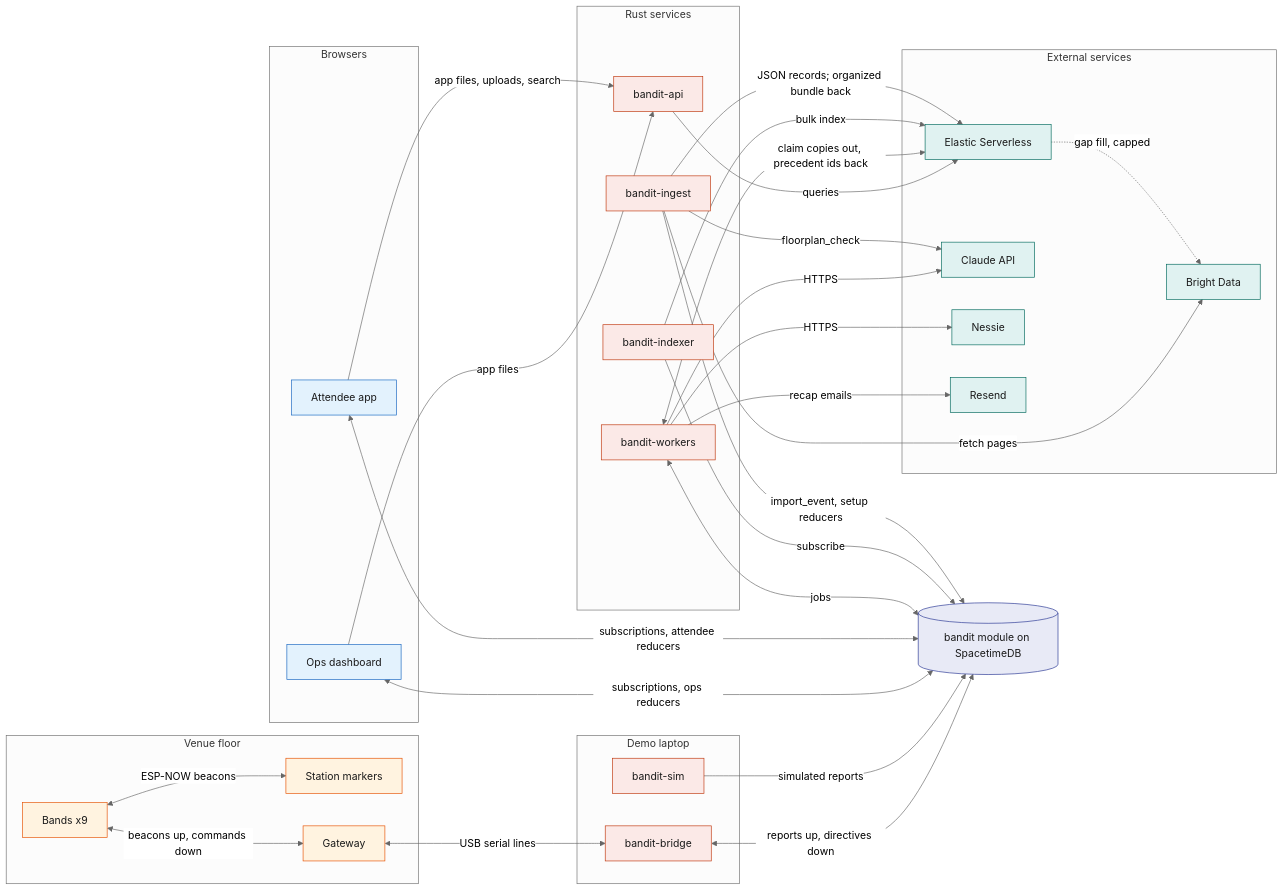
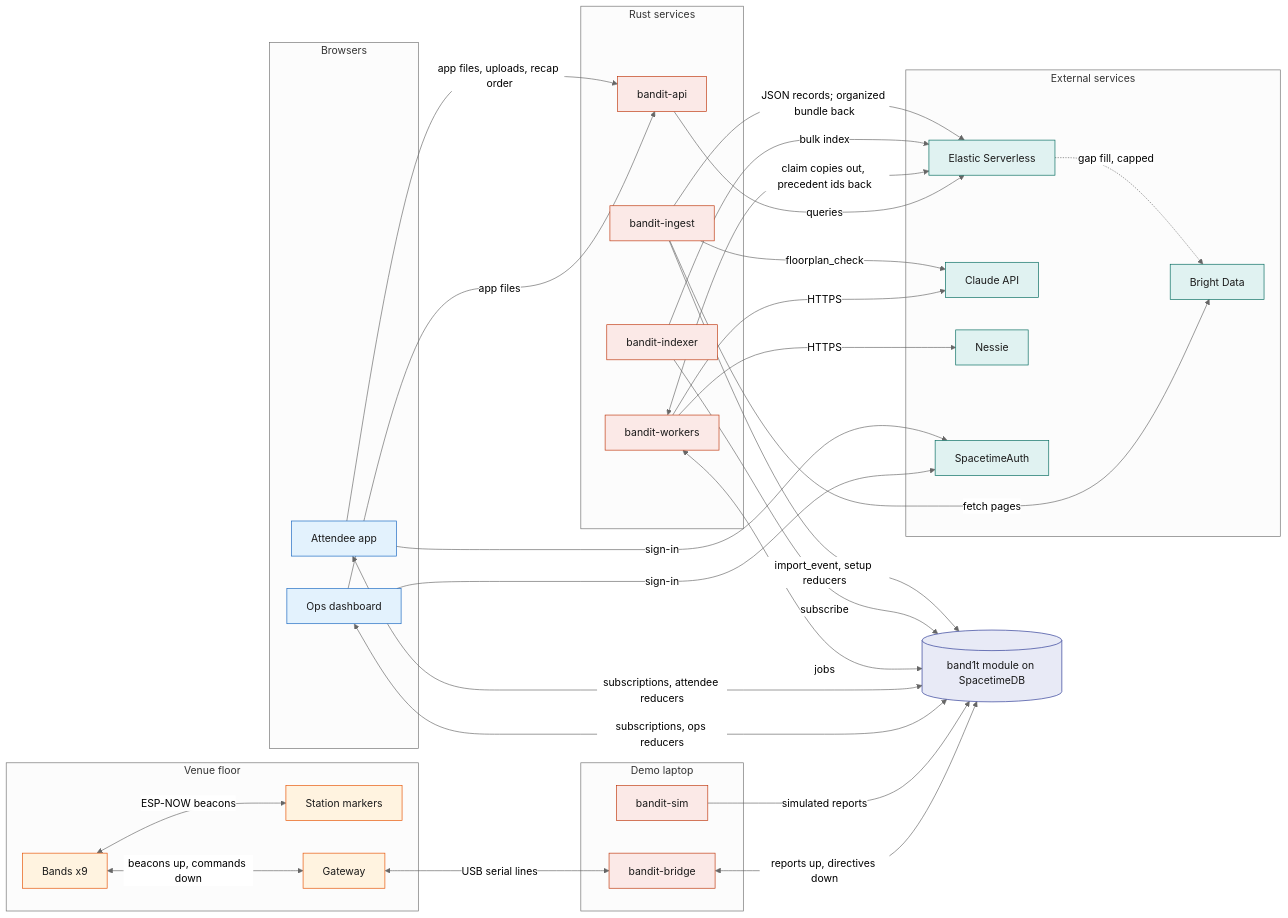
The second of 5 diagrams in System Design/1-overview/Architecture.md (viktorinkov/cal-hacks-13), drawn with Mermaid (neutral theme) before and after one commit. The commit also changed other lines of this file and 21 other files, not shown here.

Commit message:
Align system design with sign-in, recap and builds

````diff
--- a/System Design/1-overview/Architecture.md
+++ b/System Design/1-overview/Architecture.md
@@ -93,64 +95,65 @@
 ```mermaid
 flowchart LR
   subgraph Venue["Venue floor"]
     Bands["Bands x9"]
     Stations["Station markers"]
     Gateway["Gateway"]
   end
   subgraph Laptop["Demo laptop"]
     Bridge["bandit-bridge"]
     Sim["bandit-sim"]
   end
-  STDB[("bandit module on SpacetimeDB")]
+  STDB[("band1t module on SpacetimeDB")]
   subgraph Apps["Browsers"]
     Ops["Ops dashboard"]
     App["Attendee app"]
   end
   subgraph Services["Rust services"]
     API["bandit-api"]
     Workers["bandit-workers"]
     Indexer["bandit-indexer"]
     Ingest["bandit-ingest"]
   end
   subgraph SaaS["External services"]
     Elastic["Elastic Serverless"]
     Claude["Claude API"]
     Nessie["Nessie"]
     Bright["Bright Data"]
-    Resend["Resend"]
+    Auth["SpacetimeAuth"]
   end
 
   Bands <-->|"ESP-NOW beacons"| Stations
   Bands <-->|"beacons up, commands down"| Gateway
   Gateway <-->|"USB serial lines"| Bridge
   Bridge <-->|"reports up, directives down"| STDB
   Sim -->|"simulated reports"| STDB
   Ops <-->|"subscriptions, ops reducers"| STDB
   App <-->|"subscriptions, attendee reducers"| STDB
   Ops -->|"app files"| API
-  App -->|"app files, uploads, search"| API
+  App -->|"app files, uploads, recap order"| API
+  Ops -->|"sign-in"| Auth
+  App -->|"sign-in"| Auth
   API -->|"queries"| Elastic
   Workers <-->|"jobs"| STDB
   Workers -->|"HTTPS"| Claude
   Workers -->|"HTTPS"| Nessie
-  Workers -->|"recap emails"| Resend
   Workers <-->|"claim copies out, precedent ids back"| Elastic
   Indexer -->|"subscribe"| STDB
   Indexer -->|"bulk index"| Elastic
   Ingest -->|"fetch pages"| Bright
   Ingest -->|"floorplan_check"| Claude
   Ingest -->|"JSON records; organized bundle back"| Elastic
   Elastic -.->|"gap fill, capped"| Bright
   Ingest -->|"import_event, setup reducers"| STDB
 
   classDef device fill:#FFF3E0,stroke:#E65100,color:#1A1A1A
   classDef rust fill:#FBE9E7,stroke:#BF360C,color:#1A1A1A
   classDef stdb fill:#E8EAF6,stroke:#283593,color:#1A1A1A
   classDef web fill:#E3F2FD,stroke:#1565C0,color:#1A1A1A
   classDef ext fill:#E0F2F1,stroke:#00695C,color:#1A1A1A
   class Bands,Stations,Gateway device
   class Bridge,Sim,API,Workers,Indexer,Ingest rust
   class STDB stdb
   class Ops,App web
-  class Elastic,Claude,Nessie,Bright,Resend ext
+  class Elastic,Claude,Nessie,Bright,Auth ext
 ```
````
